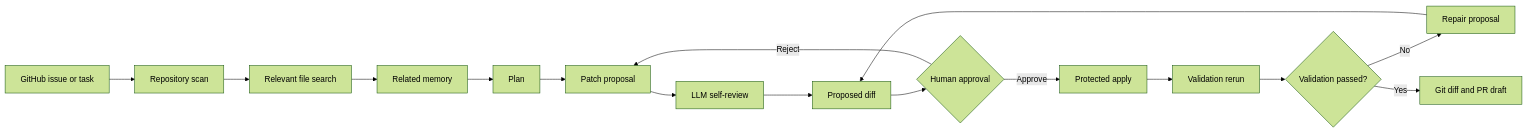
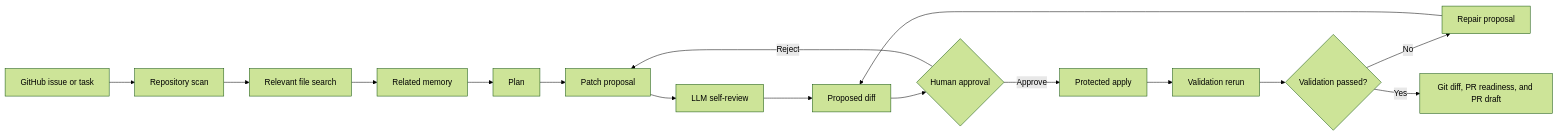
One commit to CHOS1N11111/RepoPilot-Agent changed the diagram in README.md. Above: the diagram before and after it, drawn with Mermaid (forest theme). The commit also changed other lines of this file and 12 other files, not shown here.

````diff
--- a/README.md
+++ b/README.md
@@ -30,18 +30,18 @@
 ```mermaid
 flowchart LR
     A["GitHub issue or task"] --> B["Repository scan"]
     B --> C["Relevant file search"]
     C --> M["Related memory"]
     M --> D["Plan"]
     D --> E["Patch proposal"]
     E --> F["LLM self-review"]
     F --> G["Proposed diff"]
     G --> H{"Human approval"}
     H -->|Approve| I["Protected apply"]
     H -->|Reject| E
     I --> J["Validation rerun"]
     J --> L{"Validation passed?"}
     L -->|No| R["Repair proposal"]
     R --> G
-    L -->|Yes| K["Git diff and PR draft"]
+    L -->|Yes| K["Git diff, PR readiness, and PR draft"]
 ```
````
